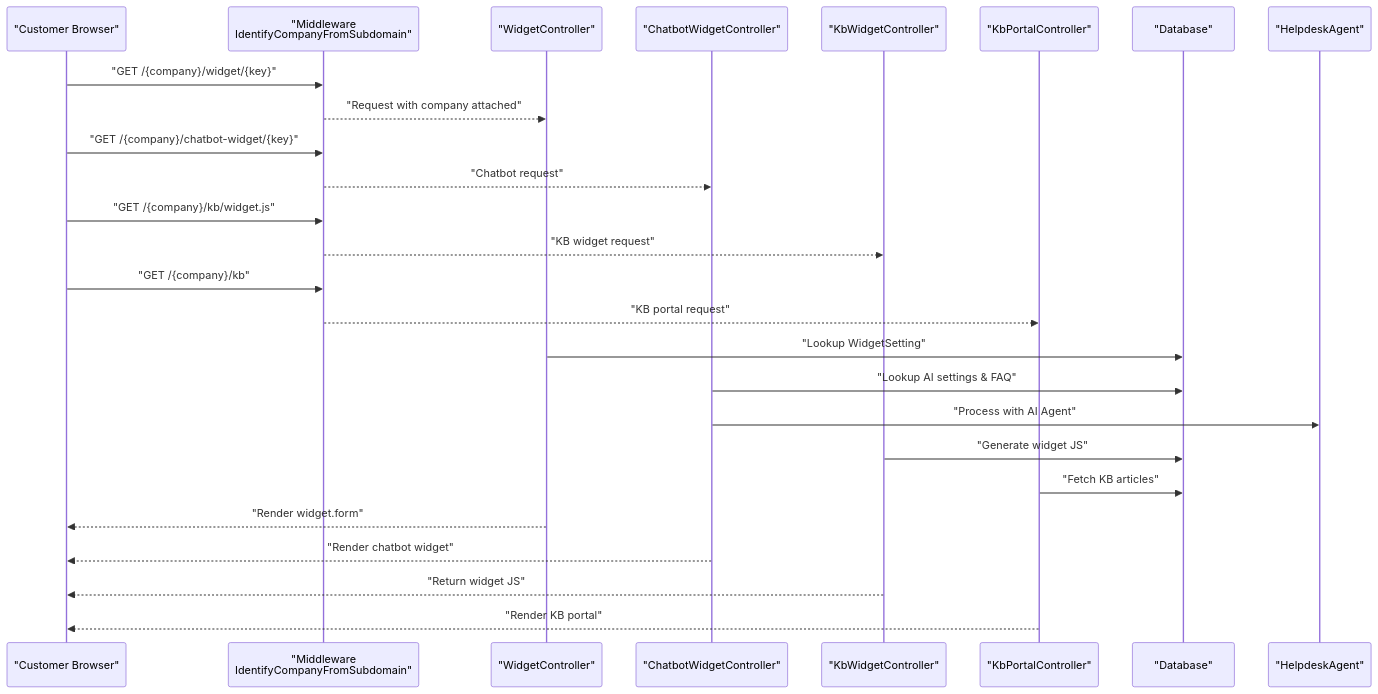
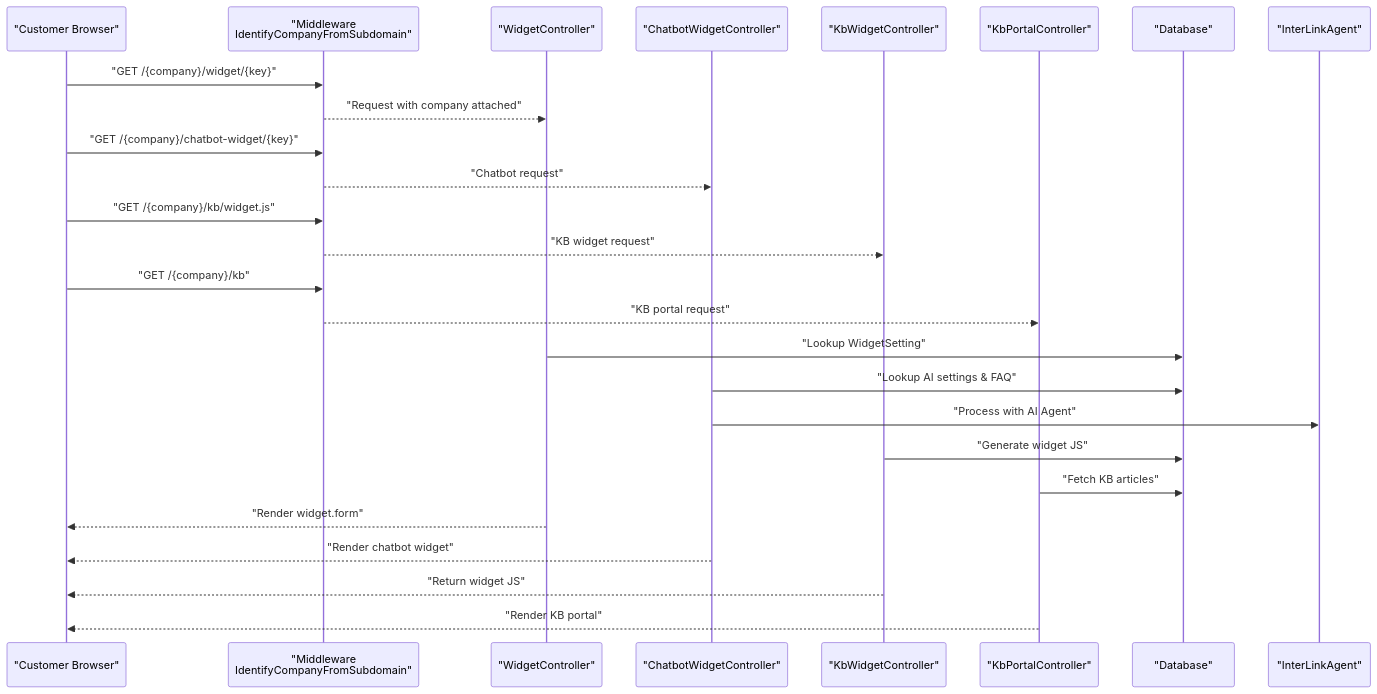
One commit to younesgamer68/Internship-management-Platforme changed the second of 9 diagrams in .qoder/repowiki/en/content/Widget System/Widget System.md. Above: the diagram before and after it, drawn with Mermaid. The commit also changed other lines of this file and 175 other files, not shown here.

````diff
--- a/.qoder/repowiki/en/content/Widget System/Widget System.md
+++ b/.qoder/repowiki/en/content/Widget System/Widget System.md
@@ -148,28 +148,28 @@
 ```mermaid
 sequenceDiagram
 participant C as "Customer Browser"
 participant MW as "Middleware<br/>IdentifyCompanyFromSubdomain"
 participant RC as "WidgetController"
 participant CBC as "ChatbotWidgetController"
 participant KBC as "KbWidgetController"
 participant KC as "KbPortalController"
 participant DB as "Database"
-participant AI as "HelpdeskAgent"
+participant AI as "InterLinkAgent"
 C->>MW : "GET /{company}/widget/{key}"
 MW-->>RC : "Request with company attached"
 C->>MW : "GET /{company}/chatbot-widget/{key}"
 MW-->>CBC : "Chatbot request"
 C->>MW : "GET /{company}/kb/widget.js"
 MW-->>KBC : "KB widget request"
 C->>MW : "GET /{company}/kb"
 MW-->>KC : "KB portal request"
 RC->>DB : "Lookup WidgetSetting"
 CBC->>DB : "Lookup AI settings & FAQ"
 CBC->>AI : "Process with AI Agent"
 KBC->>DB : "Generate widget JS"
 KC->>DB : "Fetch KB articles"
 RC-->>C : "Render widget.form"
 CBC-->>C : "Render chatbot widget"
 KBC-->>C : "Return widget JS"
 KC-->>C : "Render KB portal"
 ```
````
